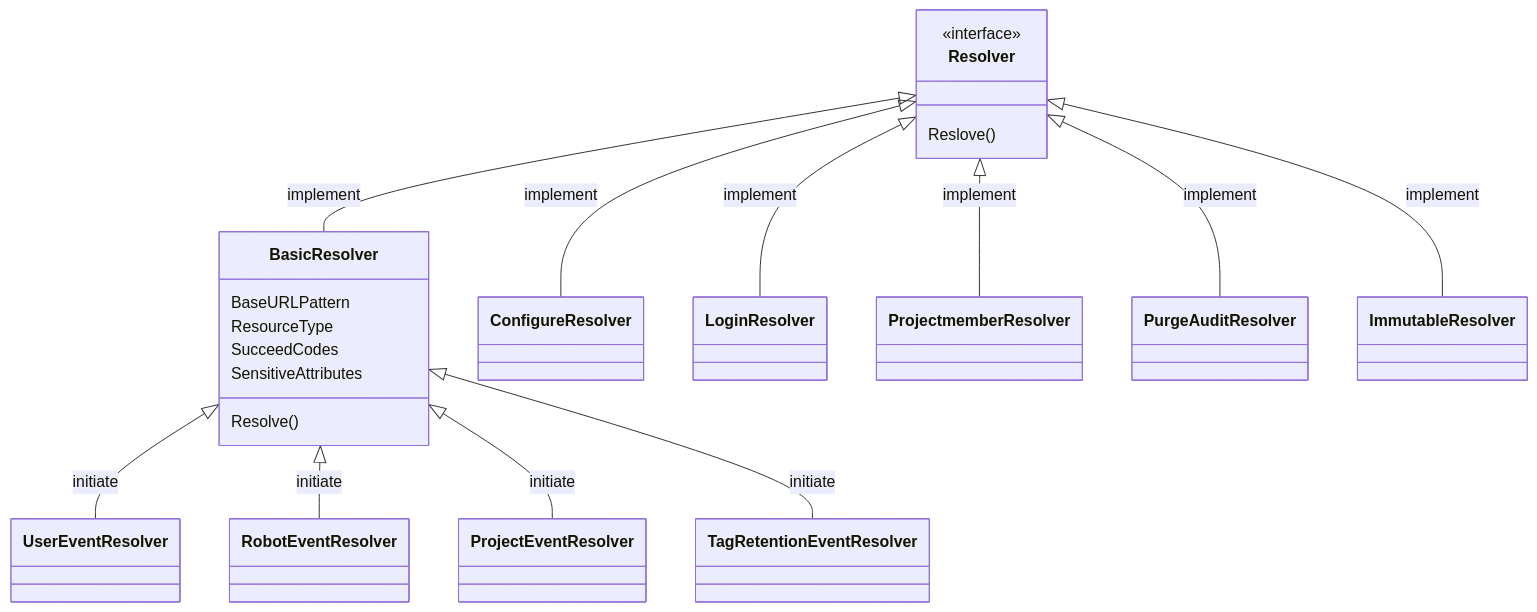
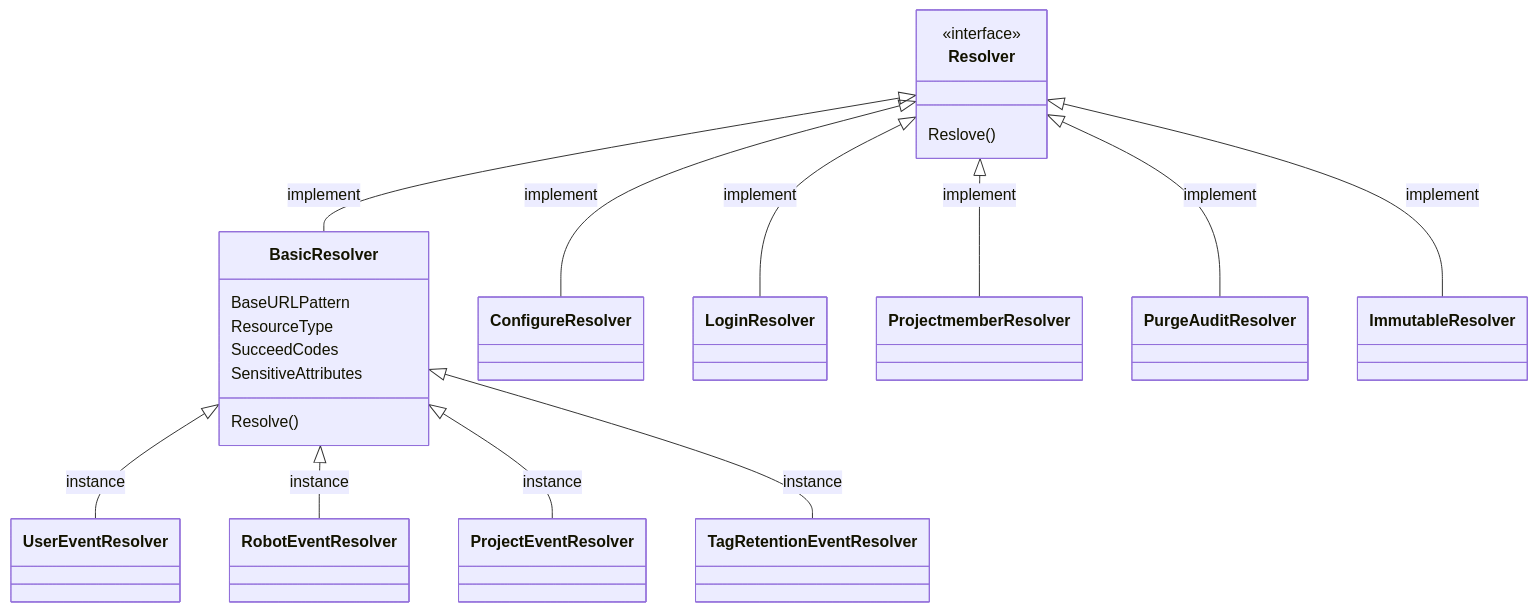
Before and after one commit to goharbor/community: the second of 3 diagrams in proposals/new/enhance_audit_log.md, drawn with Mermaid.

````diff
--- a/proposals/new/enhance_audit_log.md
+++ b/proposals/new/enhance_audit_log.md
@@ -236,24 +236,24 @@
 ```mermaid
 classDiagram
 
 Resolver <|-- BasicResolver : implement 
 <<interface>> Resolver
 Resolver <|-- ConfigureResolver : implement
 Resolver <|-- LoginResolver : implement
 Resolver <|-- ProjectmemberResolver : implement
 Resolver <|-- PurgeAuditResolver : implement
 Resolver <|-- ImmutableResolver : implement
 Resolver : Reslove()
 
-BasicResolver <|-- UserEventResolver : initiate
-BasicResolver <|-- RobotEventResolver : initiate
-BasicResolver <|-- ProjectEventResolver : initiate
-BasicResolver <|-- TagRetentionEventResolver : initiate
+BasicResolver <|-- UserEventResolver : instance
+BasicResolver <|-- RobotEventResolver : instance
+BasicResolver <|-- ProjectEventResolver : instance
+BasicResolver <|-- TagRetentionEventResolver : instance
 
 BasicResolver : BaseURLPattern
 BasicResolver : ResourceType
 BasicResolver : SucceedCodes
 BasicResolver : SensitiveAttributes
 BasicResolver : Resolve()
 
 ```
````
